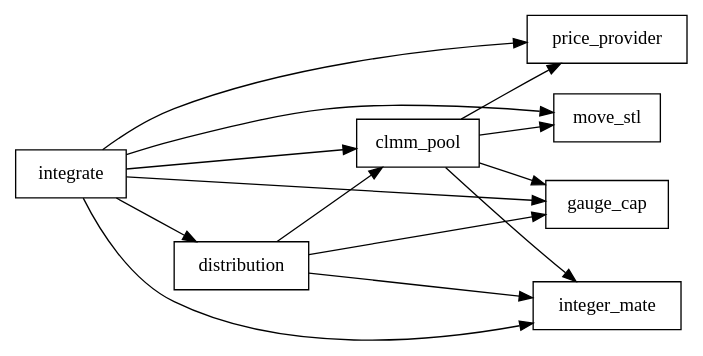
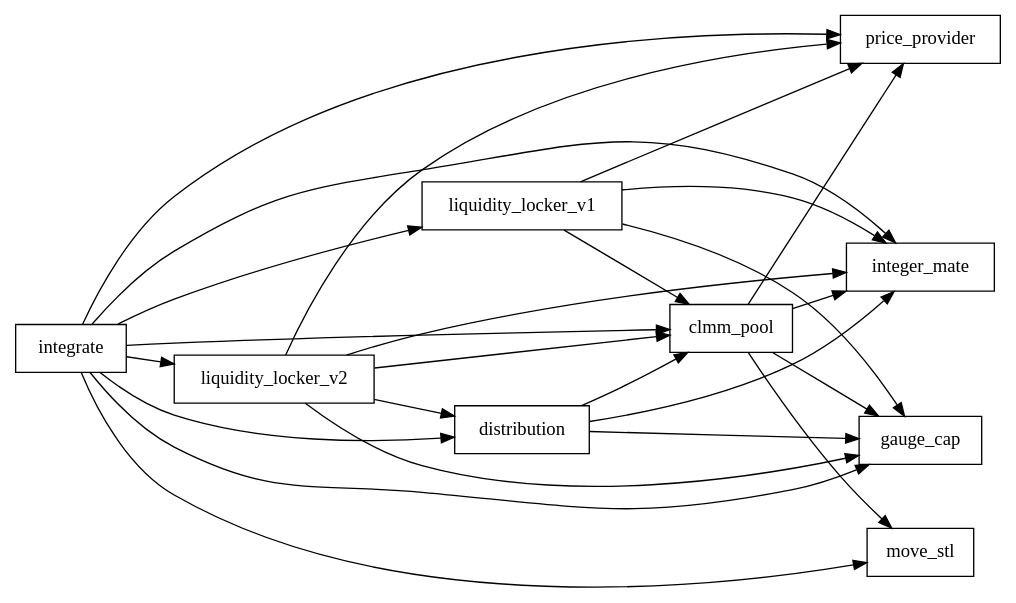
The diagram in dependency_graph.dot (LFBuild/FullSail-SC), drawn with Graphviz before and after one commit. The commit also changed 1 other file, not shown here.

Commit message:
update dependency graph

```diff
--- a/dependency_graph.dot
+++ b/dependency_graph.dot
@@ -1,26 +1,41 @@
 digraph Dependencies {
     rankdir=LR;
     node [shape=box];
 
     // Nodes with no incoming dependencies
     "integrate";
 
     // Dependency relationships:
     "clmm_pool"    -> "price_provider"
     "integrate"    -> "price_provider"
+
+    "integrate"    -> "liquidity_locker_v1"
+    "integrate"    -> "liquidity_locker_v2"
+
+    "liquidity_locker_v1" -> "clmm_pool"
+    "liquidity_locker_v1" -> "integer_mate"
+    "liquidity_locker_v1" -> "price_provider"
+    "liquidity_locker_v1" -> "gauge_cap"
+
+
+    "liquidity_locker_v2" -> "clmm_pool"
+    "liquidity_locker_v2" -> "integer_mate"
+    "liquidity_locker_v2" -> "price_provider"
+    "liquidity_locker_v2" -> "gauge_cap"
+    "liquidity_locker_v2" -> "distribution"
 
     "distribution" -> "clmm_pool";
     "integrate"    -> "clmm_pool";
     "integrate"    -> "distribution";
 
     "clmm_pool"    -> "move_stl";
     "integrate"    -> "move_stl";
 
     "clmm_pool"    -> "integer_mate";
     "integrate"    -> "integer_mate";
     "distribution"  -> "integer_mate";
 
     "clmm_pool"    -> "gauge_cap";
     "distribution" -> "gauge_cap";
     "integrate"    -> "gauge_cap";
 }
```
